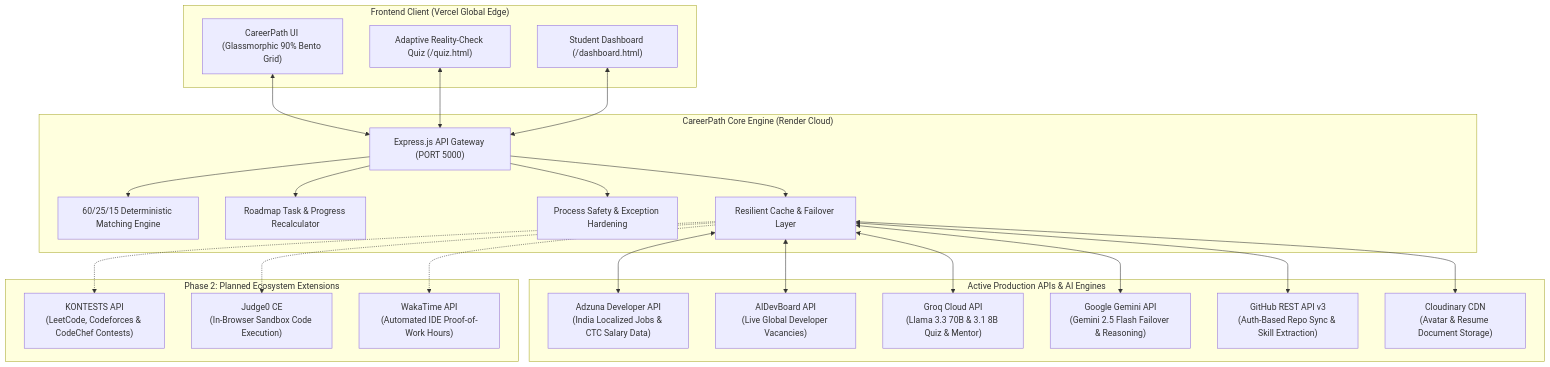
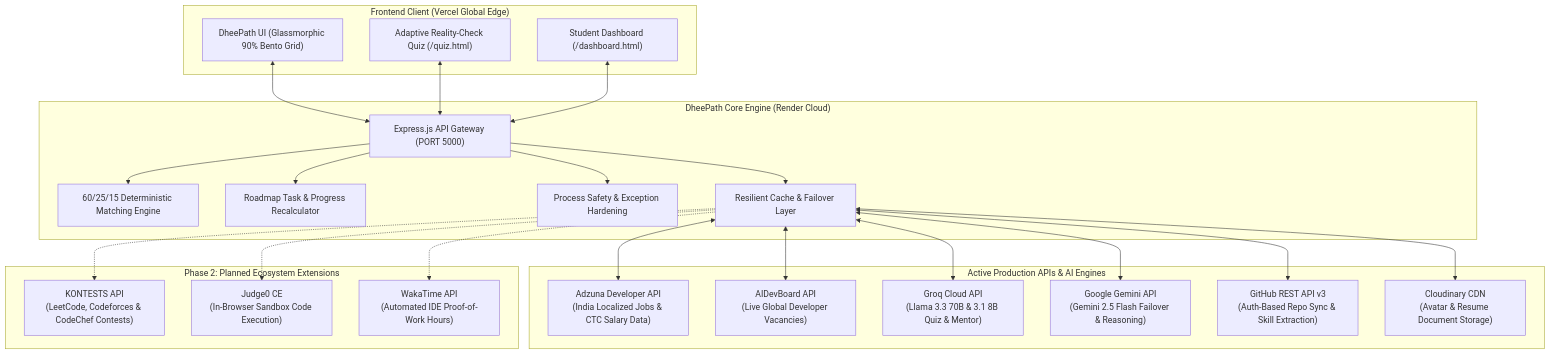
The diagram in docs/API-ECOSYSTEM.md (parthpatil1234p-svg/careerpath-ai), drawn with Mermaid before and after one commit. The commit also changed other lines of this file and 240 other files, not shown here.

Commit message:
feat(rebrand): rename platform from CareerPath AI to DheePath across full stack

````diff
--- a/docs/API-ECOSYSTEM.md
+++ b/docs/API-ECOSYSTEM.md
@@ -15,51 +15,51 @@
 ```mermaid
 flowchart TD
     subgraph Client ["Frontend Client (Vercel Global Edge)"]
-        UI["CareerPath UI (Glassmorphic 90% Bento Grid)"]
+        UI["DheePath UI (Glassmorphic 90% Bento Grid)"]
         QuizUI["Adaptive Reality-Check Quiz (/quiz.html)"]
         DashUI["Student Dashboard (/dashboard.html)"]
     end
 
-    subgraph Backend ["CareerPath Core Engine (Render Cloud)"]
+    subgraph Backend ["DheePath Core Engine (Render Cloud)"]
         API_GW["Express.js API Gateway (PORT 5000)"]
         Scoring["60/25/15 Deterministic Matching Engine"]
         TaskTracker["Roadmap Task & Progress Recalculator"]
         ProcessSafety["Process Safety & Exception Hardening"]
         Failover["Resilient Cache & Failover Layer"]
     end
 
     subgraph LiveAPIs ["Active Production APIs & AI Engines"]
         Adzuna["Adzuna Developer API\n(India Localized Jobs & CTC Salary Data)"]
         AIDev["AIDevBoard API\n(Live Global Developer Vacancies)"]
         GroqAI["Groq Cloud API\n(Llama 3.3 70B & 3.1 8B Quiz & Mentor)"]
         GeminiAI["Google Gemini API\n(Gemini 2.5 Flash Failover & Reasoning)"]
         GitHubAPI["GitHub REST API v3\n(Auth-Based Repo Sync & Skill Extraction)"]
         CloudinaryAPI["Cloudinary CDN\n(Avatar & Resume Document Storage)"]
     end
 
     subgraph Phase2APIs ["Phase 2: Planned Ecosystem Extensions"]
         Kontests["KONTESTS API\n(LeetCode, Codeforces & CodeChef Contests)"]
         Judge0["Judge0 CE\n(In-Browser Sandbox Code Execution)"]
         WakaTime["WakaTime API\n(Automated IDE Proof-of-Work Hours)"]
     end
 
     UI <--> API_GW
     QuizUI <--> API_GW
     DashUI <--> API_GW
 
     API_GW --> Scoring
     API_GW --> TaskTracker
     API_GW --> ProcessSafety
     API_GW --> Failover
 
     Failover <--> Adzuna
     Failover <--> AIDev
     Failover <--> GroqAI
     Failover <--> GeminiAI
     Failover <--> GitHubAPI
     Failover <--> CloudinaryAPI
 
     Failover -.-> Kontests
     Failover -.-> Judge0
     Failover -.-> WakaTime
 ```
````
